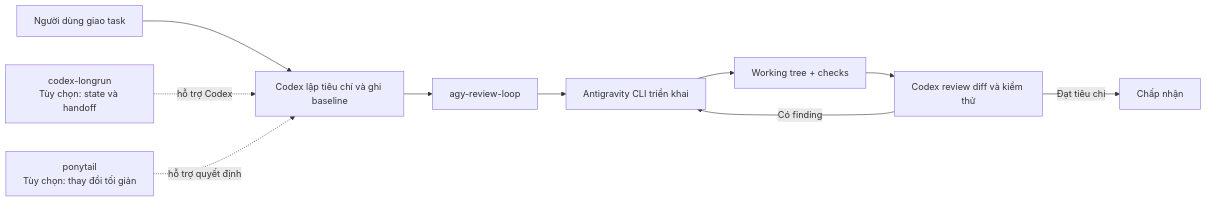
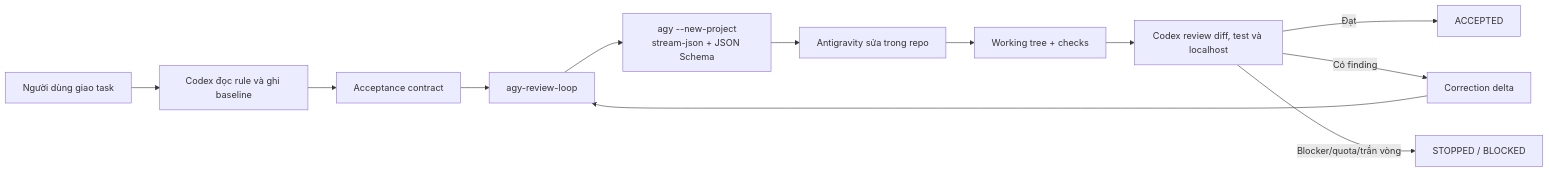
Before and after one commit to tandung060604-prog/codex-antigravity-review-loop: the first of 2 diagrams in README.md, drawn with Mermaid. The commit also changed other lines of this file and 5 other files, not shown here.

````diff
--- a/README.md
+++ b/README.md
@@ -23,13 +42,14 @@
 ```mermaid
 flowchart LR
-    U[Người dùng giao task] --> C[Codex lập tiêu chí và ghi baseline]
-    C --> S[agy-review-loop]
-    S --> A[Antigravity CLI triển khai]
+    U[Người dùng giao task] --> C[Codex đọc rule và ghi baseline]
+    C --> P[Acceptance contract]
+    P --> H[agy-review-loop]
+    H --> N[agy --new-project<br/>stream-json + JSON Schema]
+    N --> A[Antigravity sửa trong repo]
     A --> W[Working tree + checks]
-    W --> R[Codex review diff và kiểm thử]
-    R -->|Đạt tiêu chí| D[Chấp nhận]
-    R -->|Có finding| A
-
-    L[codex-longrun<br/>Tùy chọn: state và handoff] -. hỗ trợ Codex .-> C
-    P[ponytail<br/>Tùy chọn: thay đổi tối giản] -. hỗ trợ quyết định .-> C
+    W --> R[Codex review diff, test và localhost]
+    R -->|Đạt| D[ACCEPTED]
+    R -->|Có finding| F[Correction delta]
+    F --> H
+    R -->|Blocker/quota/trần vòng| B[STOPPED / BLOCKED]
 ```
````
